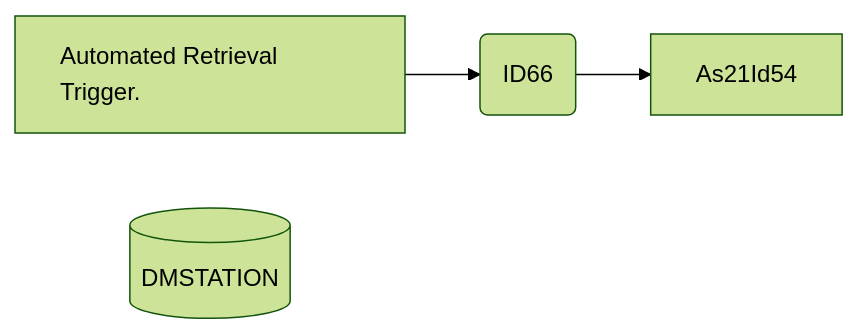
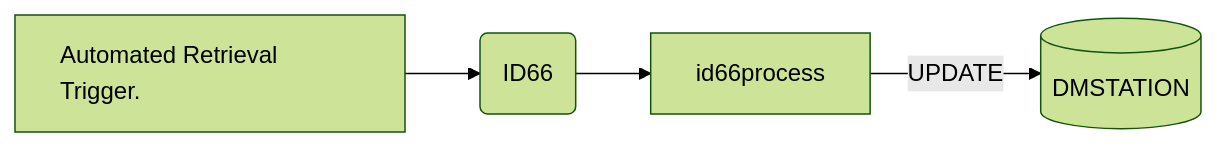
One commit to luthfiadityaa/SimeDarby-Wiki changed the third of 13 diagrams in Basic-Design/DFD-WMS/Retrieval/Stacked-Empty-Pallet.md. Above: the diagram before and after it, drawn with Mermaid (forest theme).

Commit message:
Updated Stacked Empty Pallet

```diff
--- a/Basic-Design/DFD-WMS/Retrieval/Stacked-Empty-Pallet.md
+++ b/Basic-Design/DFD-WMS/Retrieval/Stacked-Empty-Pallet.md
@@ -76,18 +76,18 @@
 ::: mermaid
 flowchart LR
     input[
         Automated Retrieval Trigger.      
     ]
 
     id66msg("
      ID66
     ")
     tableList-update[("
         DMSTATION
     ")]
 
-    input -->id66msg-->As21Id54
+    input -->id66msg-->id66process--> |UPDATE| tableList-update
 
     classDef leftAlign text-align:left;
     class input leftAlign;
 :::
```
